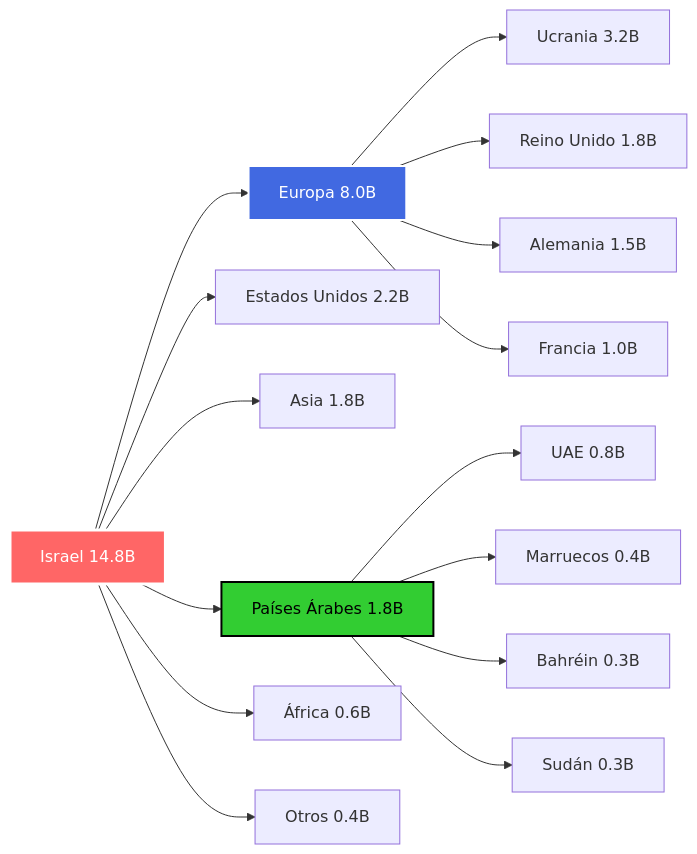
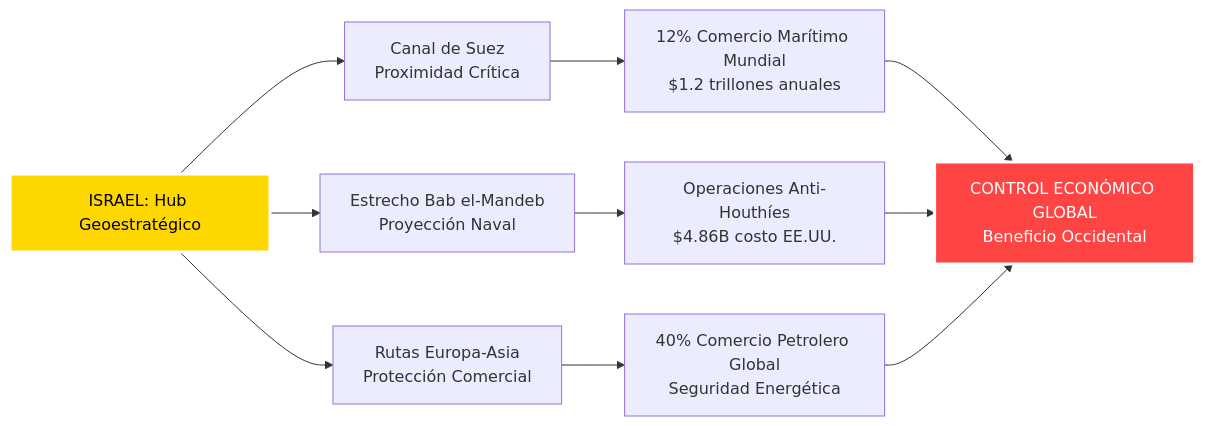
One commit to perpetuocambio/annotations changed the second of 18 diagrams in intel/israel_geopolitical_analysis.md. Above: the diagram before and after it, drawn with Mermaid. The commit also changed other lines of this file, not shown here.

````diff
--- a/intel/israel_geopolitical_analysis.md
+++ b/intel/israel_geopolitical_analysis.md
@@ -126,23 +84,17 @@
 ```mermaid
 flowchart LR
-    A[Israel 14.8B] --> B[Europa 8.0B]
-    A --> C[Estados Unidos 2.2B]
-    A --> D[Asia 1.8B]
-    A --> E[Países Árabes 1.8B]
-    A --> F[África 0.6B]
-    A --> G[Otros 0.4B]
+    A[ISRAEL: Hub Geoestratégico] --> B[Canal de Suez<br/>Proximidad Crítica]
+    A --> C[Estrecho Bab el-Mandeb<br/>Proyección Naval]
+    A --> D[Rutas Europa-Asia<br/>Protección Comercial]
 
-    B --> B1[Ucrania 3.2B]
-    B --> B2[Reino Unido 1.8B]
-    B --> B3[Alemania 1.5B]
-    B --> B4[Francia 1.0B]
+    B --> E[12% Comercio Marítimo Mundial<br/>$1.2 trillones anuales]
+    C --> F[Operaciones Anti-Houthíes<br/>$4.86B costo EE.UU.]
+    D --> G[40% Comercio Petrolero Global<br/>Seguridad Energética]
 
-    E --> E1[UAE 0.8B]
-    E --> E2[Marruecos 0.4B]
-    E --> E3[Bahréin 0.3B]
-    E --> E4[Sudán 0.3B]
+    E --> H[CONTROL ECONÓMICO GLOBAL<br/>Beneficio Occidental]
+    F --> H
+    G --> H
 
-    style A fill:#ff6666,stroke:#fff,stroke-width:3px,color:#fff
-    style B fill:#4169e1,stroke:#fff,stroke-width:2px,color:#fff
-    style E fill:#32cd32,stroke:#000,stroke-width:2px,color:#000
+    style A fill:#ffd700,stroke:#fff,stroke-width:3px,color:#000
+    style H fill:#ff4444,stroke:#fff,stroke-width:3px,color:#fff
 ```
````
